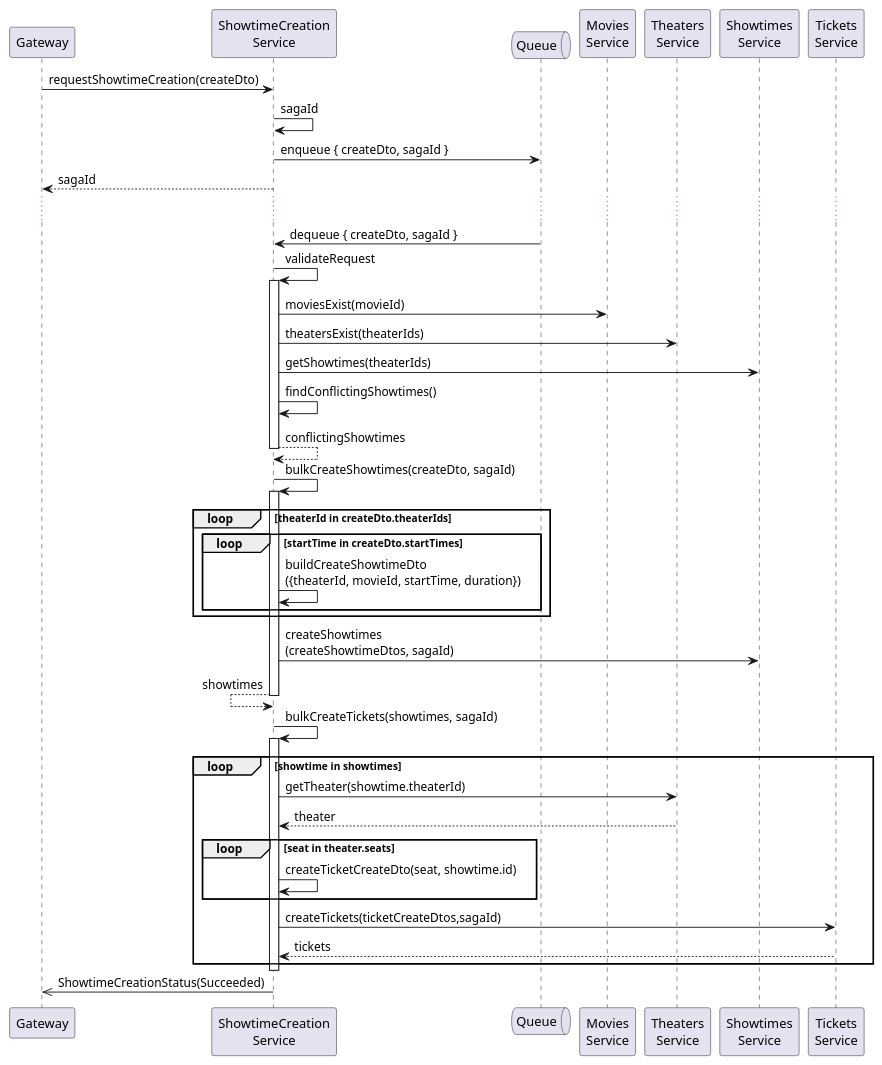
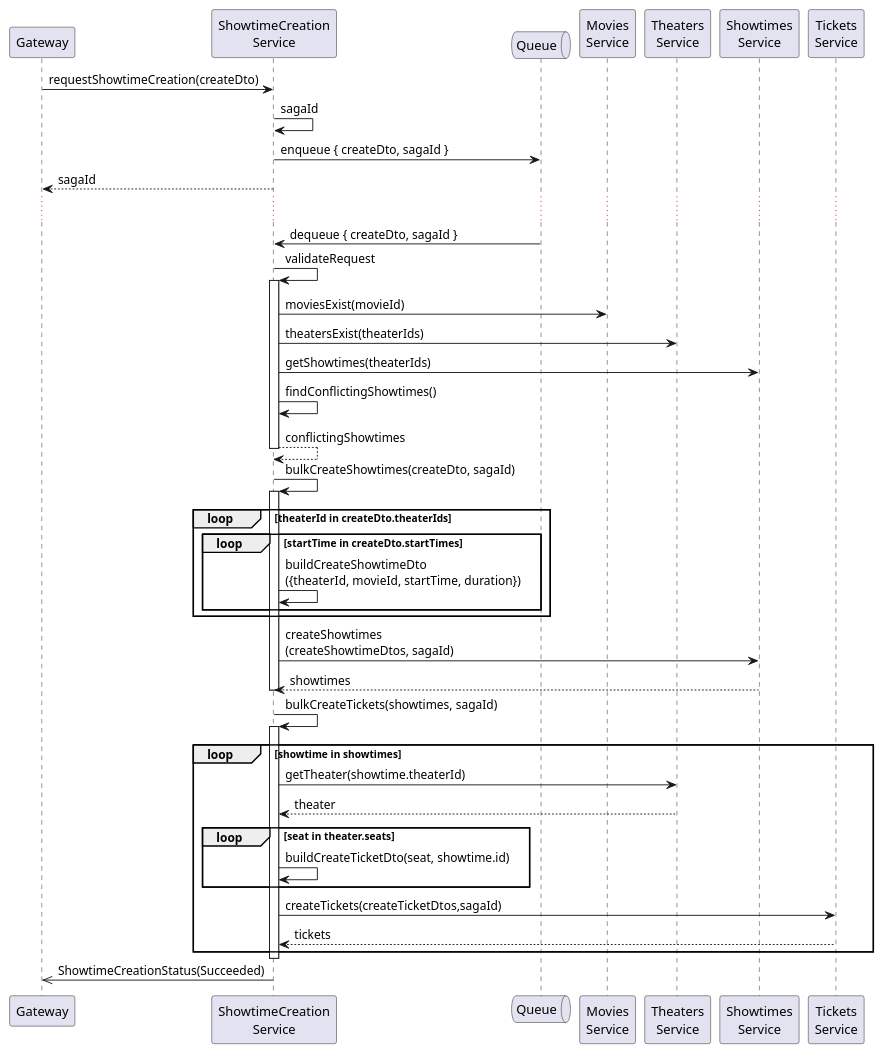
Before and after one commit to mannercode/mannercode.github.io: the sixth of 17 diagrams in _posts/3026-06-11-backend-design-3.5.md, drawn with PlantUML. The commit also changed other lines of this file and 9 other files, not shown here.

```diff
--- a/_posts/3026-06-11-backend-design-3.5.md
+++ b/_posts/3026-06-11-backend-design-3.5.md
@@ -227,54 +231,54 @@
 {% plantuml %}
 @startuml
 participant Gateway as gateway
 participant "ShowtimeCreation\nService" as creation
 Queue Queue as queue
 participant "Movies\nService" as movies
 participant "Theaters\nService" as theaters
 participant "Showtimes\nService" as showtimes
 participant "Tickets\nService" as tickets
 
 gateway -> creation: requestShowtimeCreation(createDto)
     creation -> creation: sagaId
     creation -> queue: enqueue { createDto, sagaId }
 gateway <-- creation: sagaId
 ...
 queue -> creation: dequeue { createDto, sagaId }
     creation -> creation: validateRequest
     activate creation
     creation -> movies: moviesExist(movieId)
     creation -> theaters: theatersExist(theaterIds)
     creation -> showtimes: getShowtimes(theaterIds)
     creation -> creation: findConflictingShowtimes()
     creation --> creation: conflictingShowtimes
     deactivate creation
 
     creation -> creation: bulkCreateShowtimes(createDto, sagaId)
     activate creation
         loop theaterId in createDto.theaterIds
             loop startTime in createDto.startTimes
                 creation -> creation: buildCreateShowtimeDto\n({theaterId, movieId, startTime, duration})
             end
         end
 
         creation -> showtimes: createShowtimes\n(createShowtimeDtos, sagaId)
-        creation <-- creation: showtimes
+        creation <-- showtimes: showtimes
     deactivate creation
 
     creation -> creation: bulkCreateTickets(showtimes, sagaId)
     activate creation
         loop showtime in showtimes
             creation -> theaters: getTheater(showtime.theaterId)
             creation <-- theaters: theater
             loop seat in theater.seats
-                creation -> creation: createTicketCreateDto(seat, showtime.id)
+                creation -> creation: buildCreateTicketDto(seat, showtime.id)
             end
-            creation -> tickets: createTickets(ticketCreateDtos,sagaId)
+            creation -> tickets: createTickets(createTicketDtos,sagaId)
             creation <-- tickets: tickets
         end
     deactivate creation
 
 gateway <<- creation: ShowtimeCreationStatus(Succeeded)
 
 @enduml
 {% endplantuml %}
```
